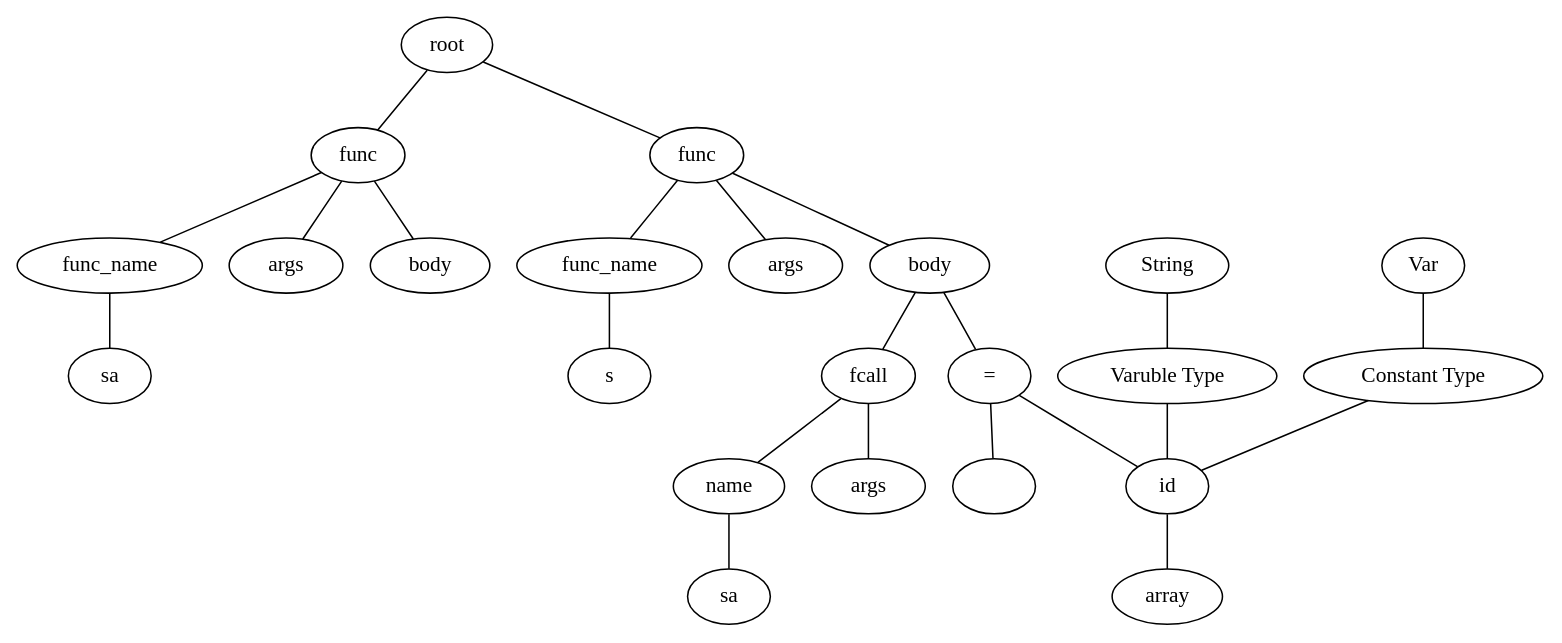
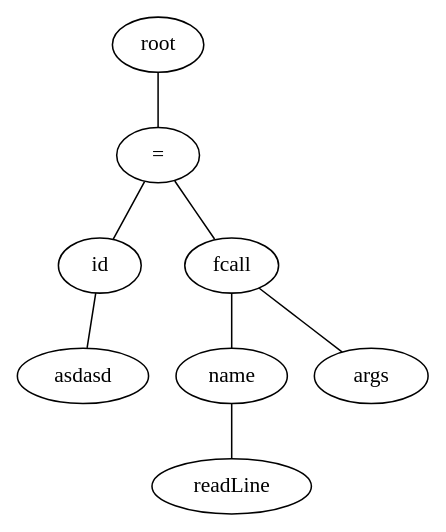
The diagram in build/file.dot (TAIIOK/SwiftCompilerToJavaByteCode), drawn with Graphviz before and after one commit. The commit also changed 6 other files, not shown here.

Commit message:
fix readLine

```diff
--- a/build/file.dot
+++ b/build/file.dot
@@ -1,47 +1,17 @@
 graph graphname {
 root;
-func0[label = "func"];
-root--func0;
-func0name[label = "func_name"];
-expr0[label = "sa"];
-func0name--expr0;
-func0--func0name;
-func0args[label = " args "];
-func0 -- func0args;
-func0body[label = " body "];
-func0 -- func0body;
-func1[label = "func"];
-root--func1;
-func1name[label = "func_name"];
-expr1[label = "s"];
-func1name--expr1;
-func1--func1name;
-func1args[label = " args "];
-func1 -- func1args;
-func1body[label = " body "];
-func1 -- func1body;
+assign0[label = "="];
+root--assign0;
+expr0[label = "id"];
+assign0--expr0;
+expr1[label = "asdasd"];
+expr0--expr1;
 expr2[label = "fcall"];
-func1body--expr2;
+assign0--expr2;
 expr2name[label = "name"];
-expr3[label = "sa"];
+expr3[label = "readLine"];
 expr2name--expr3;
 expr2--expr2name;
 expr2args[label = " args "];
 expr2 -- expr2args;
-assign0[label = "="];
-func1body--assign0;
-expr4[label = "id"];
-assign0--expr4;
-type0[label = "Varuble Type"];
-type0--expr4;
-type1[label = "String"];
-type1--type0;
-consttype0[label = "Constant Type"];
-consttype0--expr4;
-consttype1[label = "Var"];
-consttype1--consttype0;
-expr5[label = "array"];
-expr4--expr5;
-expr6[label = ""];
-assign0--expr6;
 }
```
